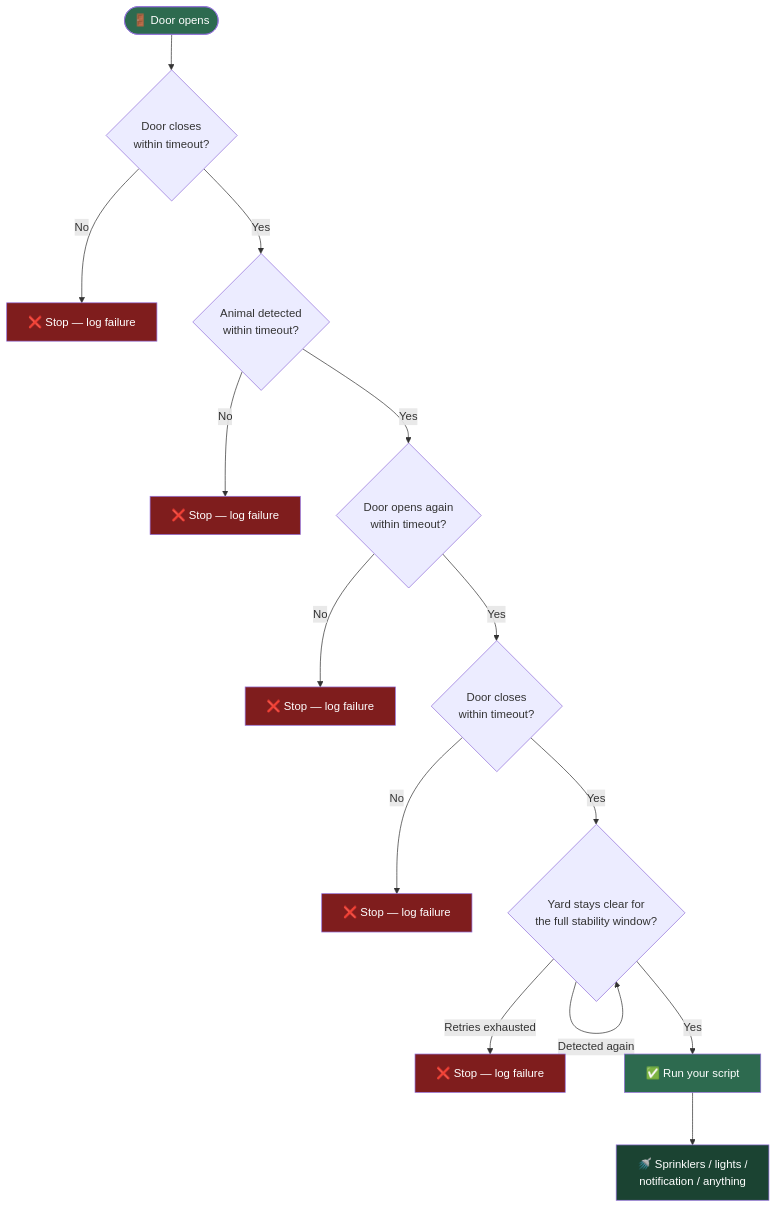
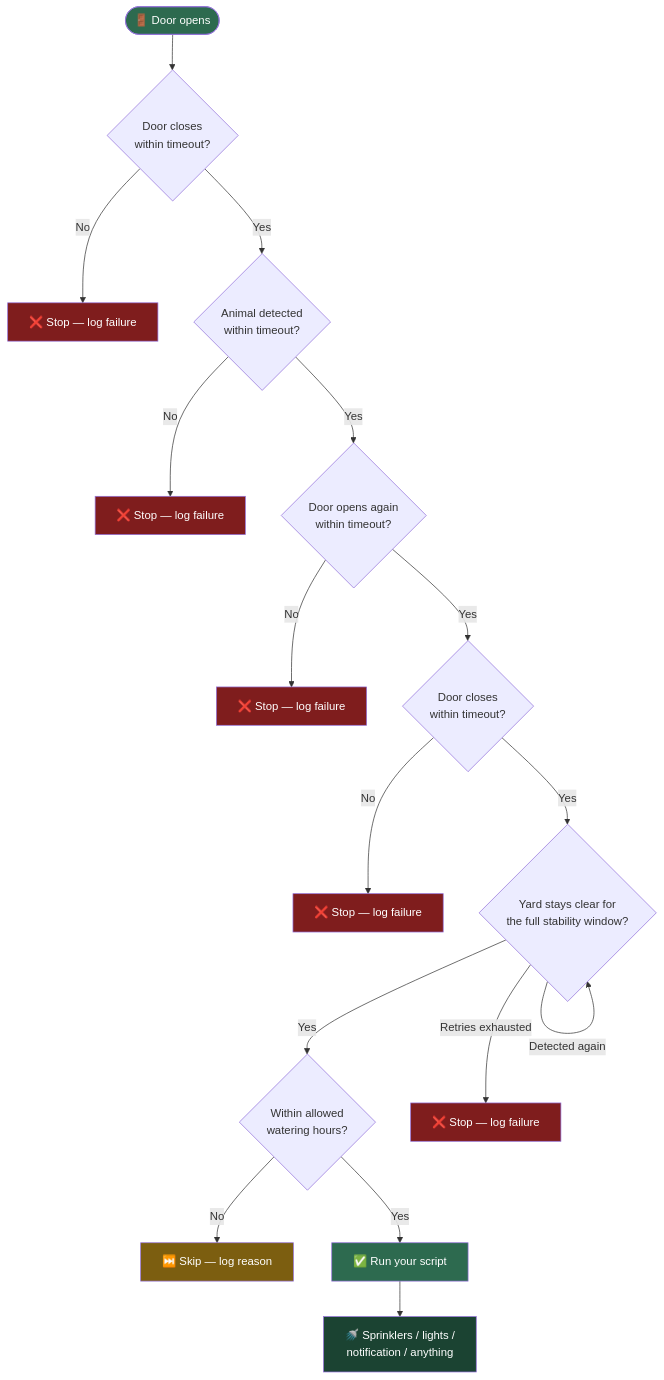
One commit to RedBeardBrownEyes/Dog-Save-the-Lawn changed the diagram in README.md. Above: the diagram before and after it, drawn with Mermaid. The commit also changed other lines of this file and 1 other file, not shown here.

````diff
--- a/README.md
+++ b/README.md
@@ -17,25 +17,28 @@
 ```mermaid
 flowchart TD
     A([🚪 Door opens]) --> B{Door closes<br/>within timeout?}
     B -- No --> F1[❌ Stop — log failure]
     B -- Yes --> C{Animal detected<br/>within timeout?}
     C -- No --> F2[❌ Stop — log failure]
     C -- Yes --> D{Door opens again<br/>within timeout?}
     D -- No --> F3[❌ Stop — log failure]
     D -- Yes --> E{Door closes<br/>within timeout?}
     E -- No --> F4[❌ Stop — log failure]
     E -- Yes --> S{Yard stays clear for<br/>the full stability window?}
     S -- Detected again --> S
-    S -- Yes --> G[✅ Run your script]
+    S -- Yes --> T{Within allowed<br/>watering hours?}
+    T -- No --> F6[⏭️ Skip — log reason]
+    T -- Yes --> G[✅ Run your script]
     S -- Retries exhausted --> F5[❌ Stop — log failure]
     G --> H[🚿 Sprinklers / lights /<br/>notification / anything]
 
     style A fill:#2d6a4f,color:#fff
     style G fill:#2d6a4f,color:#fff
     style H fill:#1b4332,color:#fff
     style F1 fill:#7f1d1d,color:#fff
     style F2 fill:#7f1d1d,color:#fff
     style F3 fill:#7f1d1d,color:#fff
     style F4 fill:#7f1d1d,color:#fff
     style F5 fill:#7f1d1d,color:#fff
+    style F6 fill:#7c5e10,color:#fff
 ```
````
